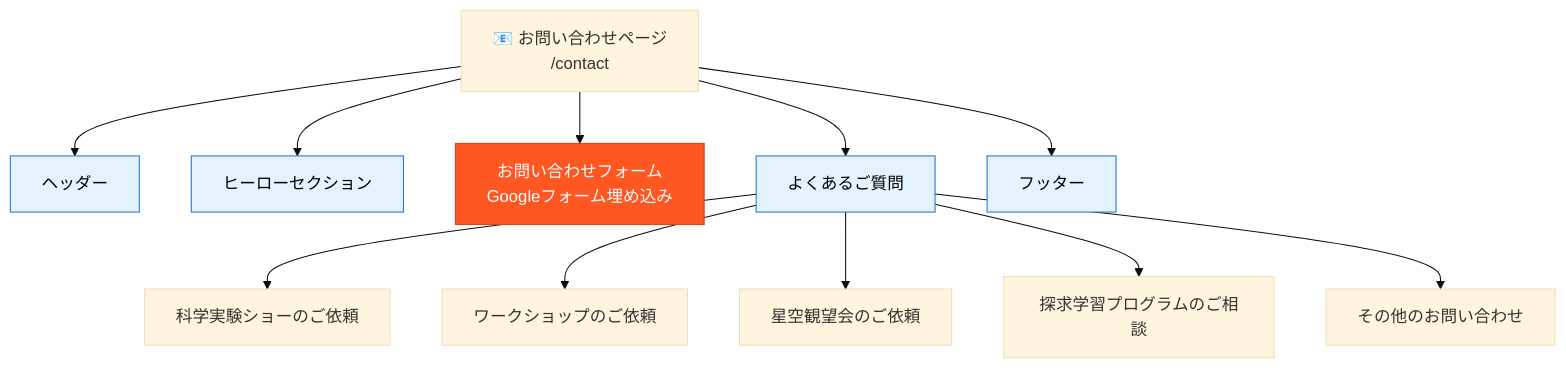
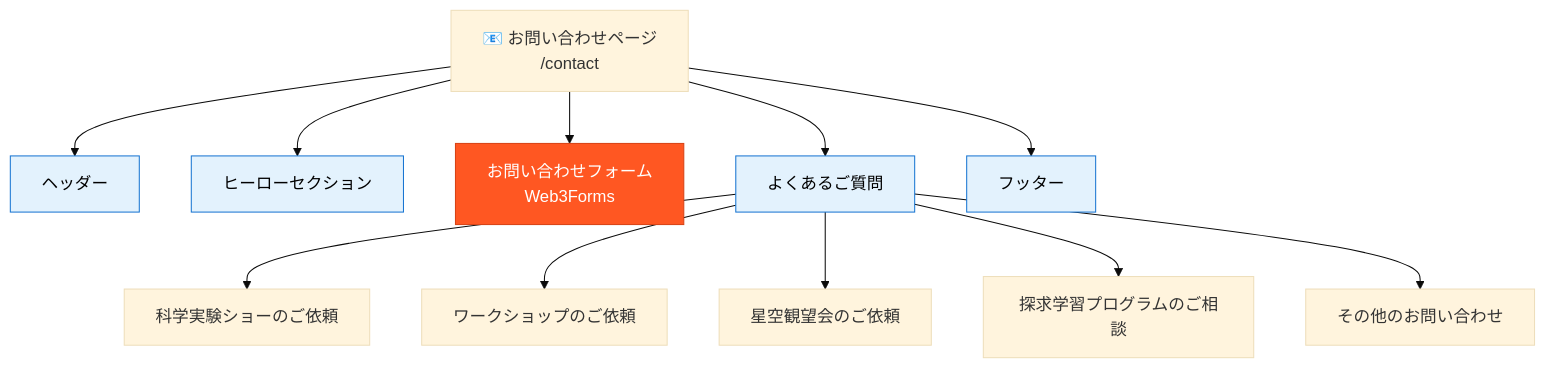
Before and after one commit to namdaama/donati: the fifth of 5 diagrams in docs/04-workflow-collaboration/1227_画面遷移図_アーカイブ/1227_画面遷移図_現状.md, drawn with Mermaid (base theme). The commit also changed 12 other files, not shown here.

````diff
--- a/docs/04-workflow-collaboration/1227_画面遷移図_アーカイブ/1227_画面遷移図_現状.md
+++ b/docs/04-workflow-collaboration/1227_画面遷移図_アーカイブ/1227_画面遷移図_現状.md
@@ -332,21 +332,21 @@
 ```mermaid
 graph TD
     Contact[📧 お問い合わせページ<br/>/contact] --> Header[ヘッダー]
     Contact --> Hero[ヒーローセクション]
-    Contact --> Form[お問い合わせフォーム<br/>Googleフォーム埋め込み]
+    Contact --> Form[お問い合わせフォーム<br/>Web3Forms]
     Contact --> FAQ[よくあるご質問]
     Contact --> Footer[フッター]
 
     %% FAQ
     FAQ --> Q1[科学実験ショーのご依頼]
     FAQ --> Q2[ワークショップのご依頼]
     FAQ --> Q3[星空観望会のご依頼]
     FAQ --> Q4[探求学習プログラムのご相談]
     FAQ --> Q5[その他のお問い合わせ]
 
     classDef section fill:#E3F2FD,stroke:#1976D2,color:#000
     classDef external fill:#FF5722,stroke:#D84315,color:#fff
 
     class Header,Hero,FAQ,Footer section
     class Form external
 ```
````
